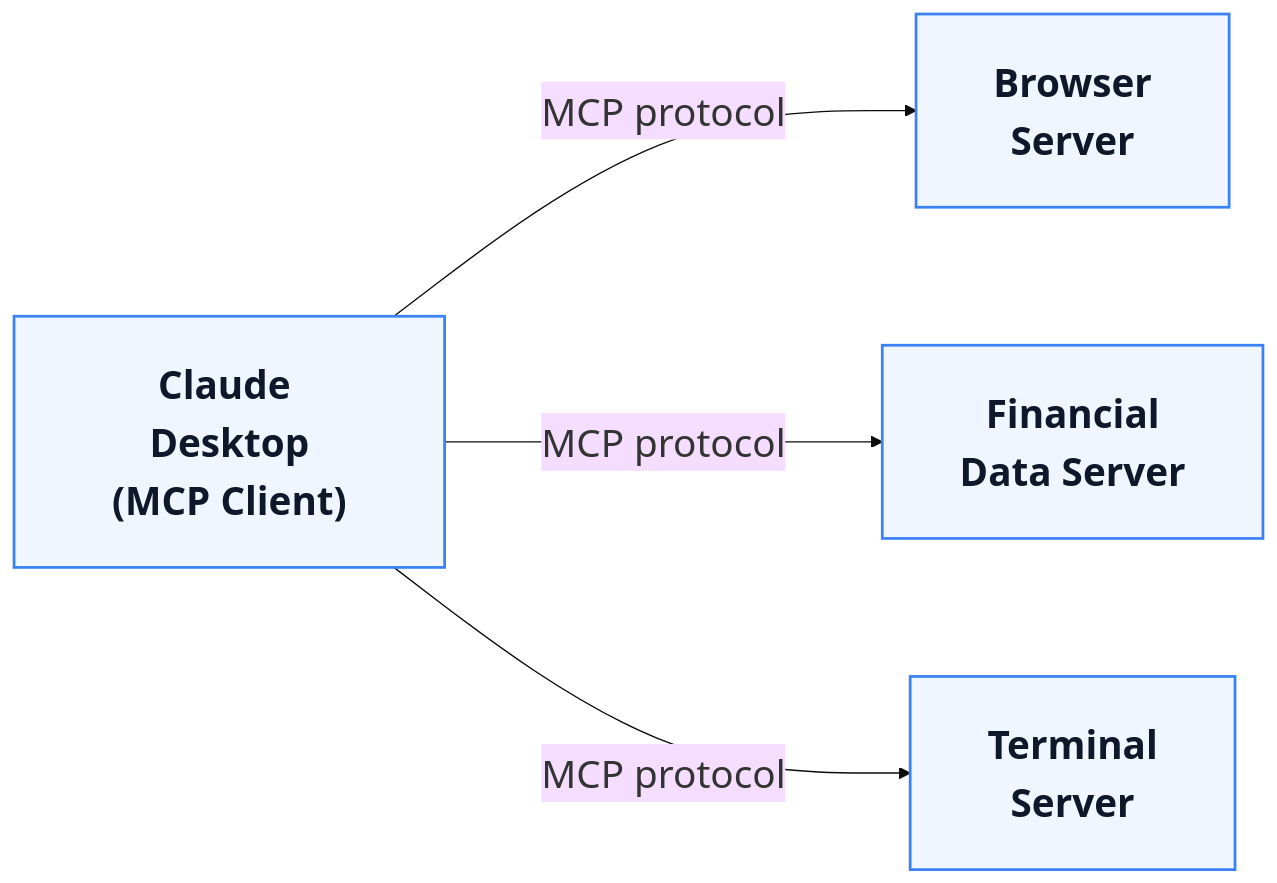
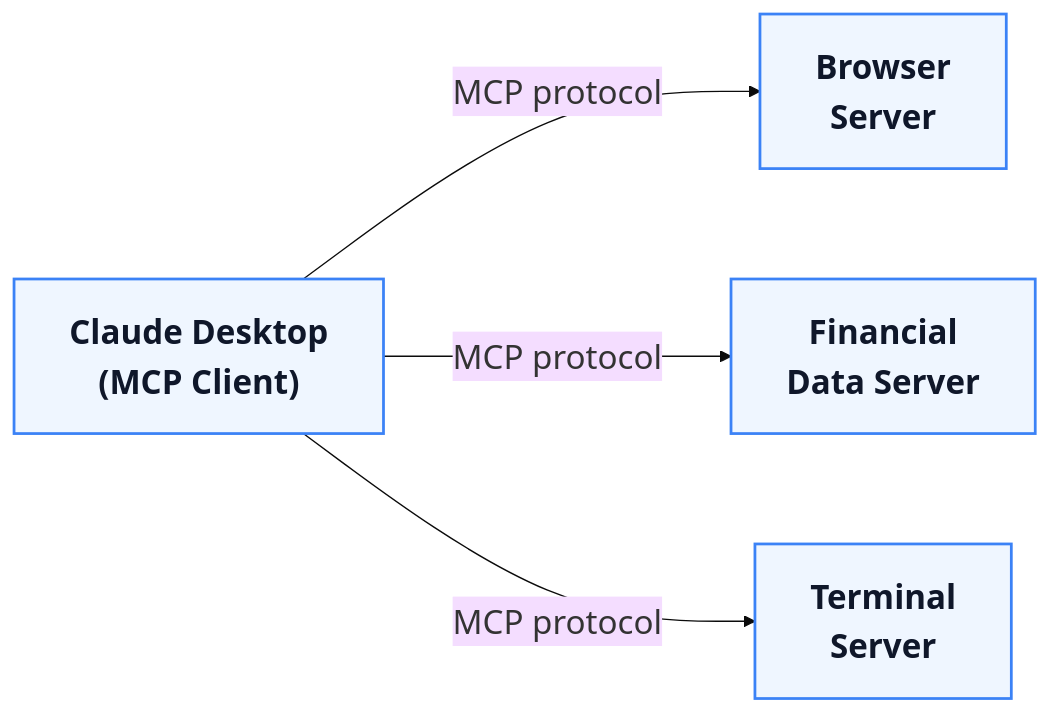
One commit to kerryback/mgmt675 changed the first of 2 diagrams in slides/m9-mcp.qmd. Above: the diagram before and after it, drawn with Mermaid. The commit also changed other lines of this file and 18 other files, not shown here.

````diff
--- a/slides/m9-mcp.qmd
+++ b/slides/m9-mcp.qmd
@@ -60,13 +60,13 @@
 ```{mermaid}
 %%| fig-width: 16
-%%{init: {'theme': 'base', 'themeVariables': {'fontSize': '28px'}, 'flowchart': {'nodeSpacing': 100, 'rankSpacing': 140, 'padding': 28, 'useMaxWidth': true}}}%%
+%%{init: {'theme': 'base', 'themeVariables': {'fontSize': '24px'}, 'flowchart': {'nodeSpacing': 80, 'rankSpacing': 100, 'padding': 20, 'useMaxWidth': true}}}%%
 flowchart LR
   C["<b>Claude Desktop<br>(MCP Client)</b>"] -->|"MCP protocol"| S1["<b>Browser<br>Server</b>"]
   C -->|"MCP protocol"| S2["<b>Financial<br>Data Server</b>"]
   C -->|"MCP protocol"| S3["<b>Terminal<br>Server</b>"]
 
-  style C fill:#eff6ff,stroke:#3b82f6,stroke-width:2px,color:#0f172a,font-size:28px,padding:24px
-  style S1 fill:#eff6ff,stroke:#3b82f6,stroke-width:2px,color:#0f172a,font-size:28px,padding:24px
-  style S2 fill:#eff6ff,stroke:#3b82f6,stroke-width:2px,color:#0f172a,font-size:28px,padding:24px
-  style S3 fill:#eff6ff,stroke:#3b82f6,stroke-width:2px,color:#0f172a,font-size:28px,padding:24px
+  style C fill:#eff6ff,stroke:#3b82f6,stroke-width:2px,color:#0f172a,font-size:24px,padding:16px
+  style S1 fill:#eff6ff,stroke:#3b82f6,stroke-width:2px,color:#0f172a,font-size:24px,padding:16px
+  style S2 fill:#eff6ff,stroke:#3b82f6,stroke-width:2px,color:#0f172a,font-size:24px,padding:16px
+  style S3 fill:#eff6ff,stroke:#3b82f6,stroke-width:2px,color:#0f172a,font-size:24px,padding:16px
 ```
````
